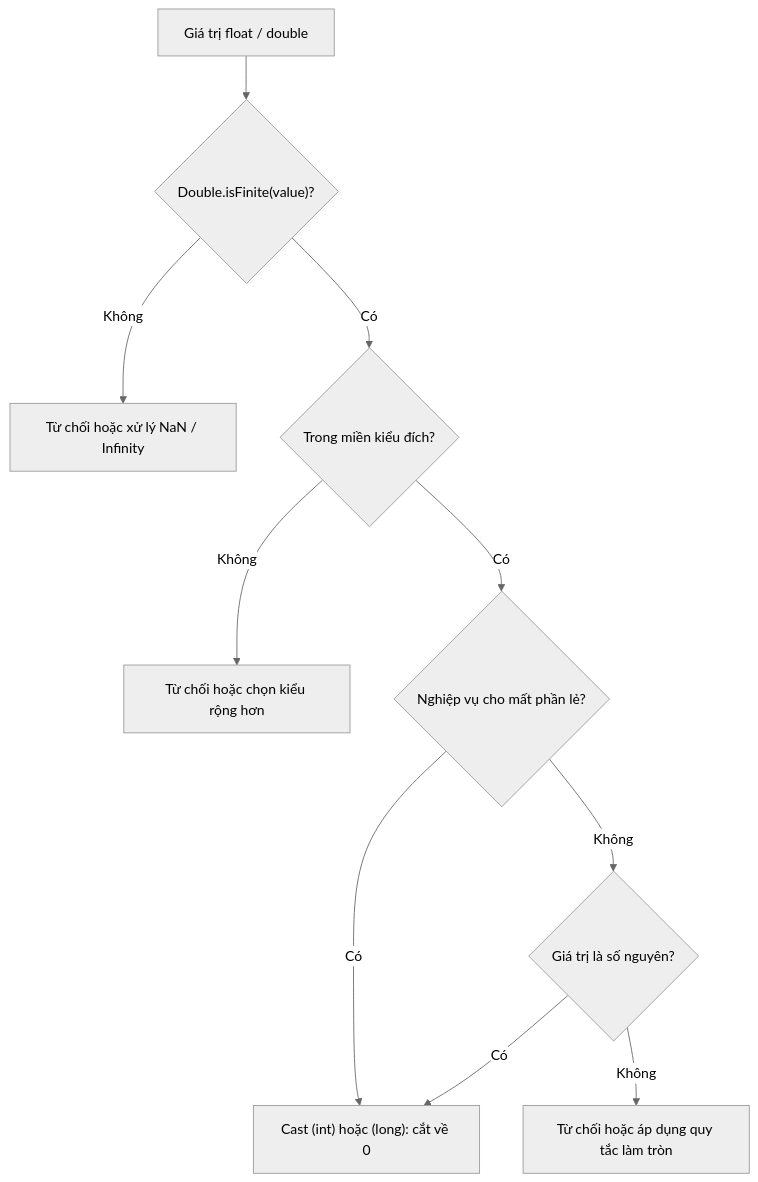
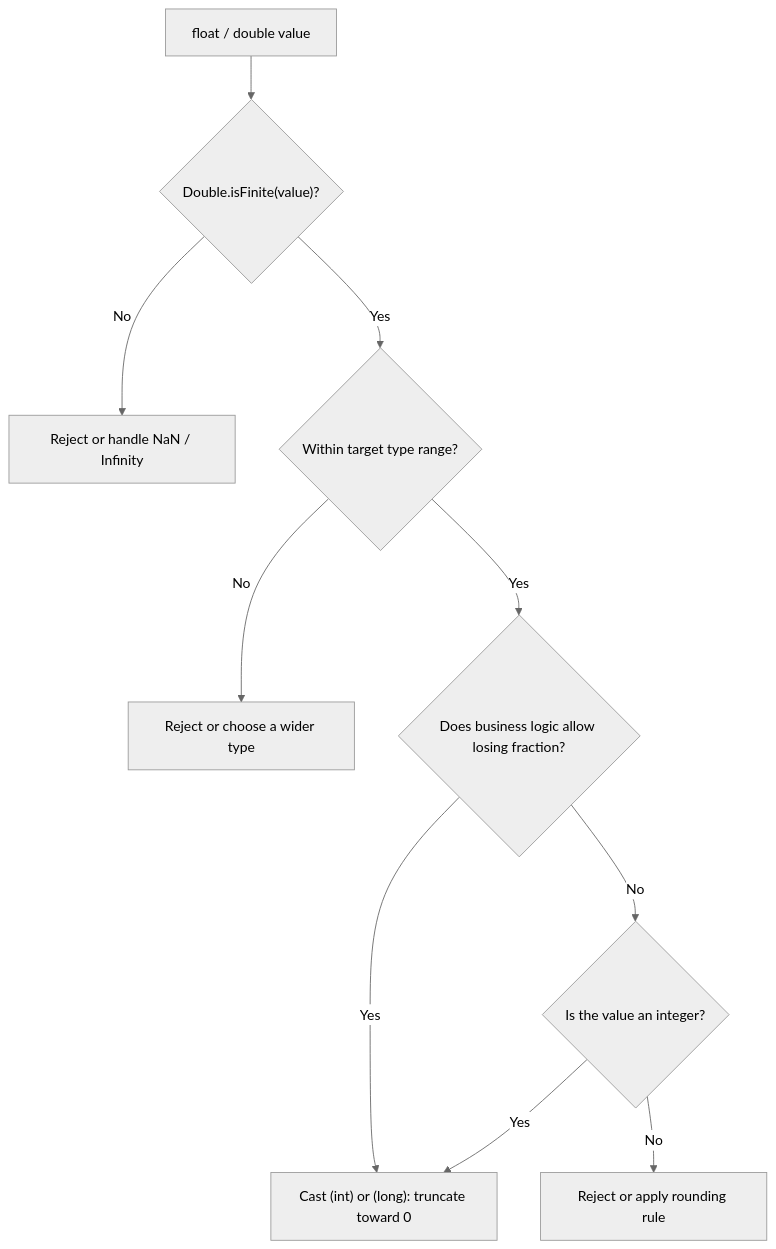
One commit to phuongnguyenit93/learning-platform-data changed the diagram in module/platform/development/programming/language/java/core/language-basics/content/knowledge/en/10.type-conversion/type-conversion-005.md. Above: the diagram before and after it, drawn with Mermaid (neutral theme). The commit also changed other lines of this file and 2307 other files, not shown here.

```diff
--- a/module/platform/development/programming/language/java/core/language-basics/content/knowledge/en/10.type-conversion/type-conversion-005.md
+++ b/module/platform/development/programming/language/java/core/language-basics/content/knowledge/en/10.type-conversion/type-conversion-005.md
@@ -115,12 +115,12 @@
 ~~~mermaid
 flowchart TD
-    A["Giá trị float / double"] --> B{"Double.isFinite(value)?"}
-    B -- "Không" --> X["Từ chối hoặc xử lý NaN / Infinity"]
-    B -- "Có" --> C{"Trong miền kiểu đích?"}
-    C -- "Không" --> Y["Từ chối hoặc chọn kiểu rộng hơn"]
-    C -- "Có" --> D{"Nghiệp vụ cho mất phần lẻ?"}
-    D -- "Có" --> E["Cast (int) hoặc (long): cắt về 0"]
-    D -- "Không" --> F{"Giá trị là số nguyên?"}
-    F -- "Không" --> Z["Từ chối hoặc áp dụng quy tắc làm tròn"]
-    F -- "Có" --> E
+    A["float / double value"] --> B{"Double.isFinite(value)?"}
+    B -- "No" --> X["Reject or handle NaN / Infinity"]
+    B -- "Yes" --> C{"Within target type range?"}
+    C -- "No" --> Y["Reject or choose a wider type"]
+    C -- "Yes" --> D{"Does business logic allow losing fraction?"}
+    D -- "Yes" --> E["Cast (int) or (long): truncate toward 0"]
+    D -- "No" --> F{"Is the value an integer?"}
+    F -- "No" --> Z["Reject or apply rounding rule"]
+    F -- "Yes" --> E
 ~~~
```
